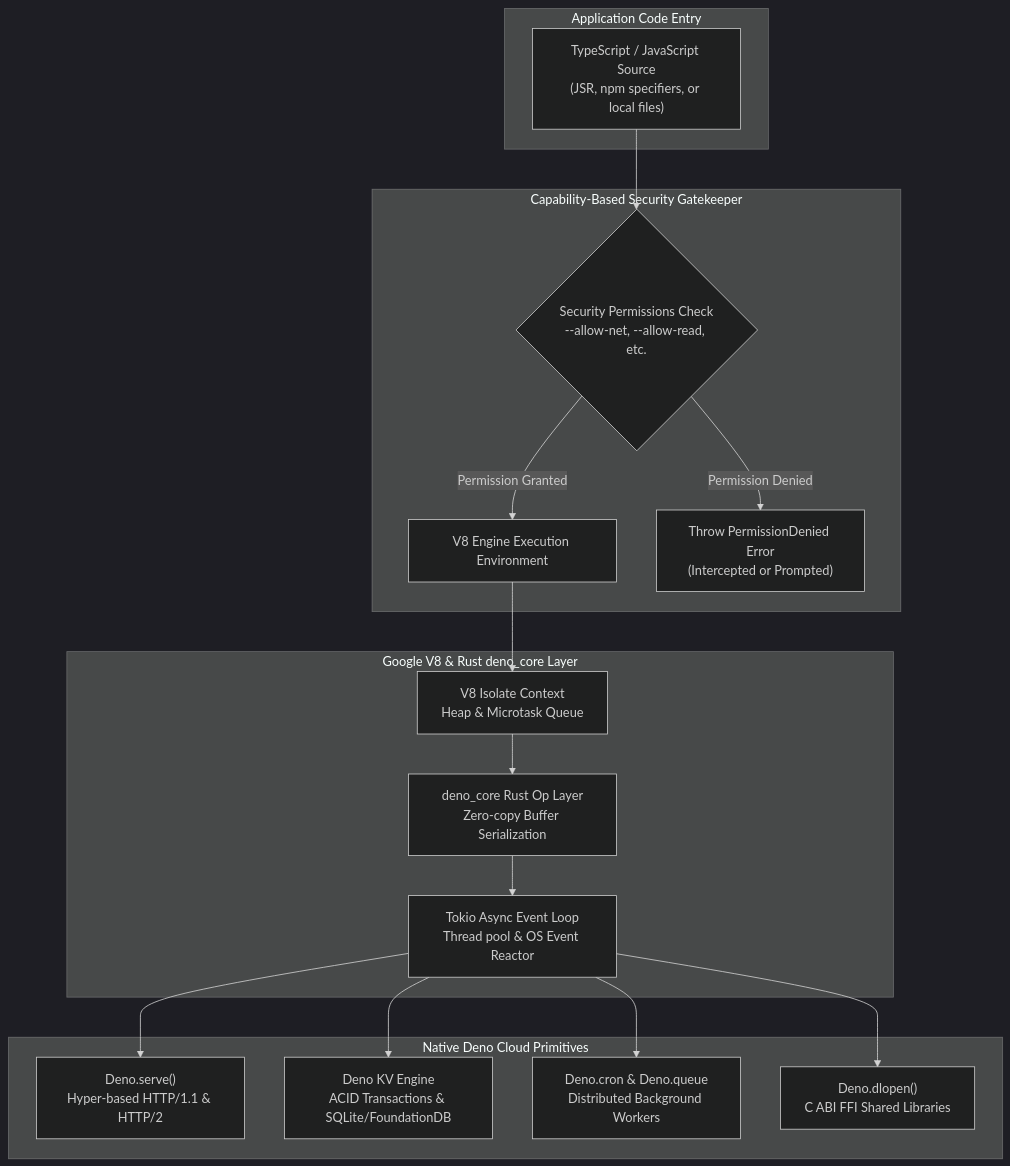
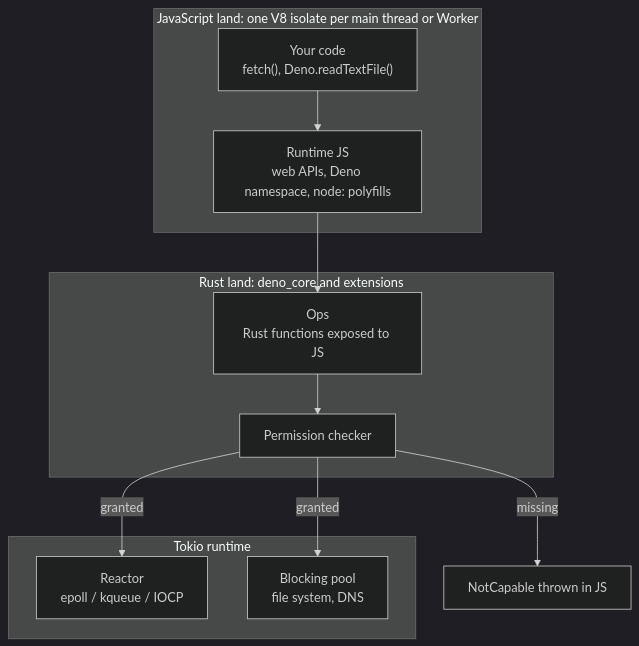
The fourth of 14 diagrams in README.md (TheLearningHubOrg/learn-deno), drawn with Mermaid (dark theme) before and after one commit. The commit also changed other lines of this file and 29 other files, not shown here.

````diff
--- a/README.md
+++ b/README.md
@@ -71,25 +360,19 @@
 ```mermaid
-flowchart TD
-    subgraph SCRIPT_ENTRY ["Application Code Entry"]
-        A["TypeScript / JavaScript Source<br/>(JSR, npm specifiers, or local files)"]
+flowchart TB
+    subgraph JS["JavaScript land: one V8 isolate per main thread or Worker"]
+        USER["Your code<br/>fetch(), Deno.readTextFile()"]
+        RT["Runtime JS<br/>web APIs, Deno namespace, node: polyfills"]
     end
-
-    subgraph SECURITY_GATE ["Capability-Based Security Gatekeeper"]
-        A --> B{"Security Permissions Check<br/>--allow-net, --allow-read, etc."}
-        B -- "Permission Granted" --> C["V8 Engine Execution Environment"]
-        B -- "Permission Denied" --> D["Throw PermissionDenied Error<br/>(Intercepted or Prompted)"]
+    subgraph RUST["Rust land: deno_core and extensions"]
+        OPS["Ops<br/>Rust functions exposed to JS"]
+        PERM["Permission checker"]
     end
-
-    subgraph ISOLATE_RUNTIME ["Google V8 & Rust deno_core Layer"]
-        C --> E["V8 Isolate Context<br/>Heap & Microtask Queue"]
-        E --> F["deno_core Rust Op Layer<br/>Zero-copy Buffer Serialization"]
-        F --> G["Tokio Async Event Loop<br/>Thread pool & OS Event Reactor"]
+    subgraph IO["Tokio runtime"]
+        REACTOR["Reactor<br/>epoll / kqueue / IOCP"]
+        POOL["Blocking pool<br/>file system, DNS"]
     end
-
-    subgraph CLOUD_SUBSYSTEMS ["Native Deno Cloud Primitives"]
-        G --> H["Deno.serve()<br/>Hyper-based HTTP/1.1 & HTTP/2"]
-        G --> I["Deno KV Engine<br/>ACID Transactions & SQLite/FoundationDB"]
-        G --> J["Deno.cron & Deno.queue<br/>Distributed Background Workers"]
-        G --> K["Deno.dlopen()<br/>C ABI FFI Shared Libraries"]
-    end
+    USER --> RT --> OPS --> PERM
+    PERM -- "granted" --> REACTOR
+    PERM -- "granted" --> POOL
+    PERM -- "missing" --> ERR["NotCapable thrown in JS"]
 ```
````
